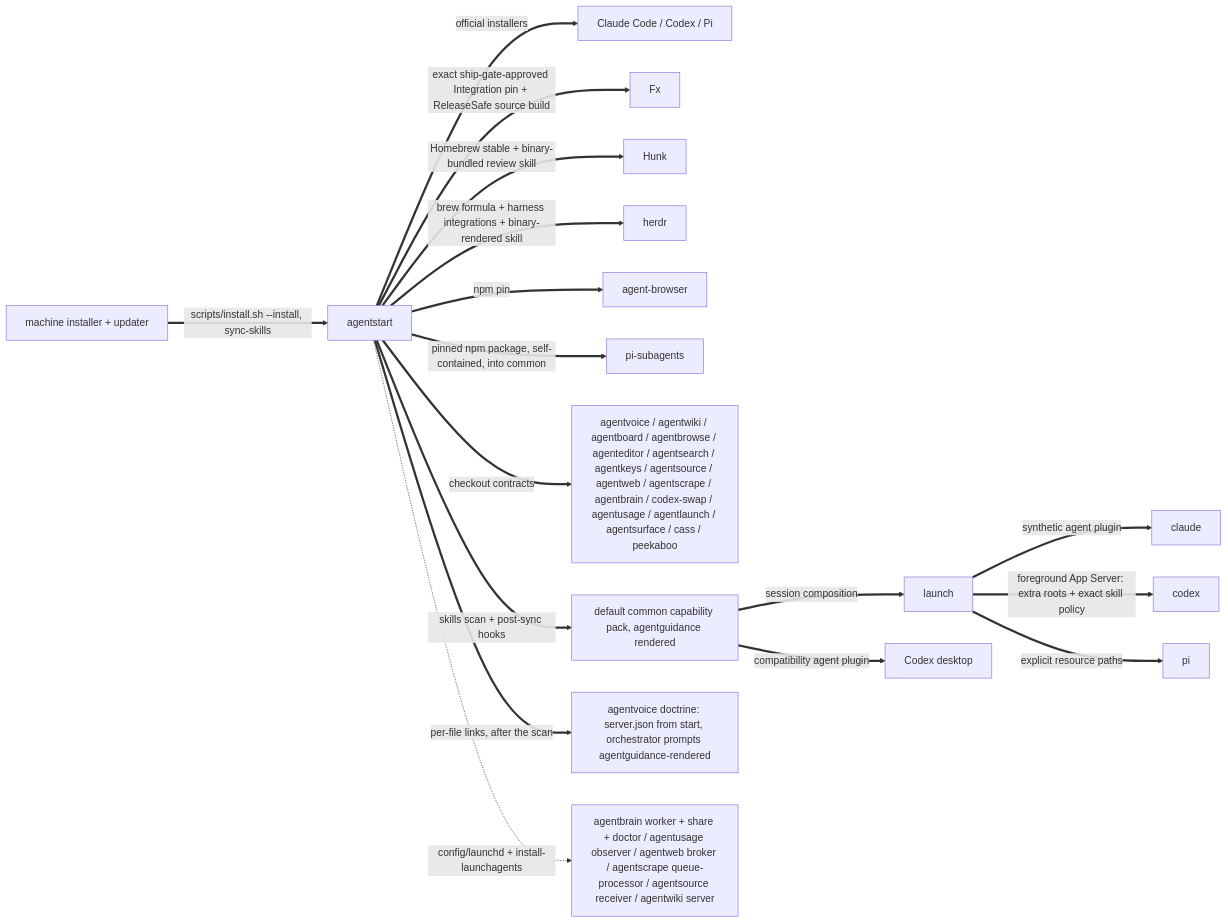
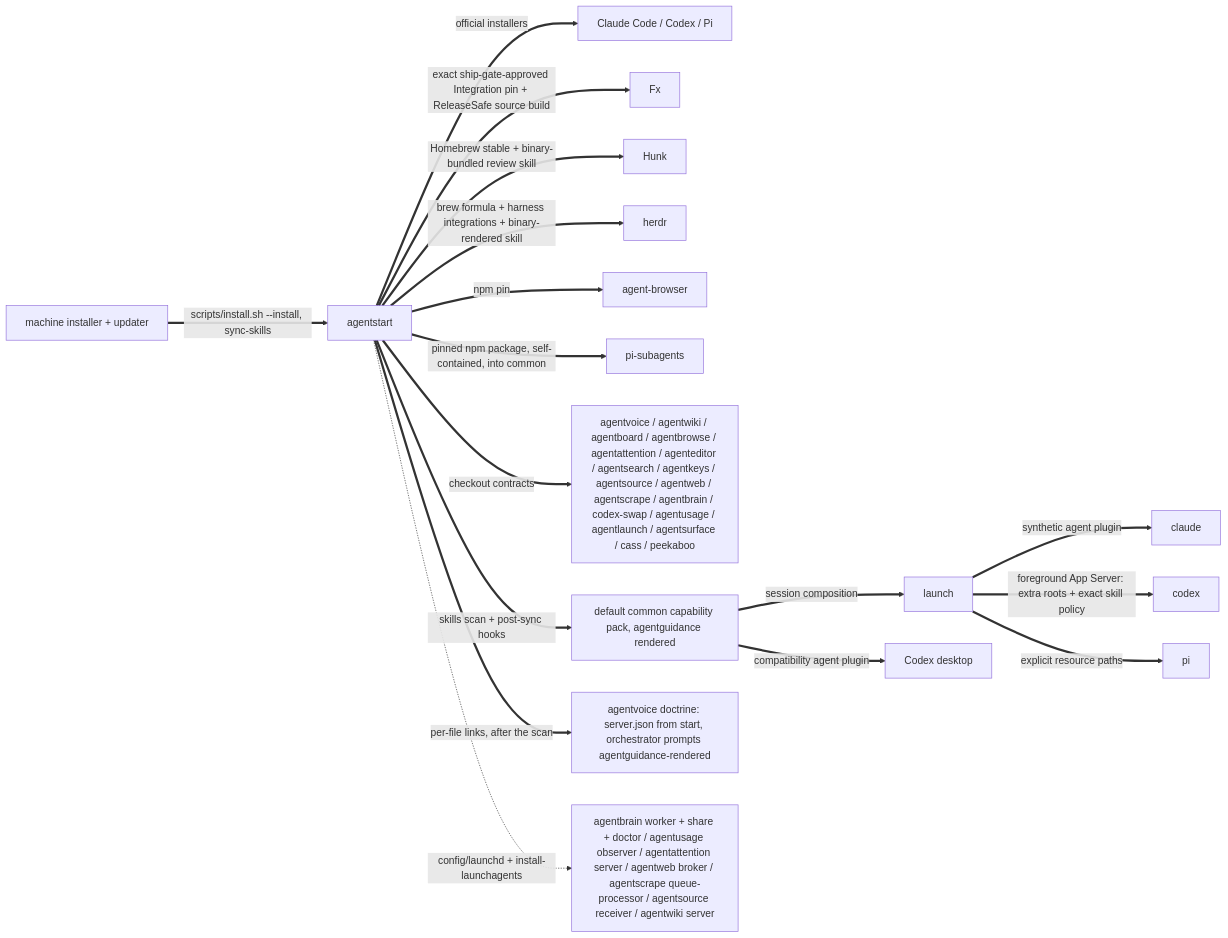
Before and after one commit to possibilities/agentstart: the second of 3 diagrams in skills/fleet/MAP.md, drawn with Mermaid. The commit also changed other lines of this file and 5 other files, not shown here.

Commit message:
Install and advertise Agentattention

````diff
--- a/skills/fleet/MAP.md
+++ b/skills/fleet/MAP.md
@@ -87,22 +90,22 @@
 ```mermaid
 flowchart LR
     machine[machine installer + updater]
     start[agentstart]
 
     machine ==>|scripts/install.sh --install, sync-skills| start
     start ==>|official installers| harnesses[Claude Code / Codex / Pi]
     start ==>|exact ship-gate-approved Integration pin + ReleaseSafe source build| fx[Fx]
     start ==>|Homebrew stable + binary-bundled review skill| hunk[Hunk]
     start ==>|brew formula + harness integrations + binary-rendered skill| herdrInstall[herdr]
     start ==>|npm pin| browser[agent-browser]
     start ==>|pinned npm package, self-contained, into common| piSubagents[pi-subagents]
-    start ==>|checkout contracts| fleet[agentvoice / agentwiki / agentboard / agentbrowse / agenteditor / agentsearch / agentkeys / agentsource / agentweb / agentscrape / agentbrain / codex-swap / agentusage / agentlaunch / agentsurface / cass / peekaboo]
+    start ==>|checkout contracts| fleet[agentvoice / agentwiki / agentboard / agentbrowse / agentattention / agenteditor / agentsearch / agentkeys / agentsource / agentweb / agentscrape / agentbrain / codex-swap / agentusage / agentlaunch / agentsurface / cass / peekaboo]
     start ==>|skills scan + post-sync hooks| skills[default common capability pack, agentguidance rendered]
     skills ==>|session composition| launch
     launch ==>|synthetic agent plugin| claude
     launch ==>|foreground App Server: extra roots + exact skill policy| codex
     launch ==>|explicit resource paths| pi
     skills ==>|compatibility agent plugin| codexDesktop[Codex desktop]
     start ==>|per-file links, after the scan| voiceDoctrine[agentvoice doctrine: server.json from start, orchestrator prompts agentguidance-rendered]
-    start -.->|config/launchd + install-launchagents| services[agentbrain worker + share + doctor / agentusage observer / agentweb broker / agentscrape queue-processor / agentsource receiver / agentwiki server]
+    start -.->|config/launchd + install-launchagents| services[agentbrain worker + share + doctor / agentusage observer / agentattention server / agentweb broker / agentscrape queue-processor / agentsource receiver / agentwiki server]
 ```
````
